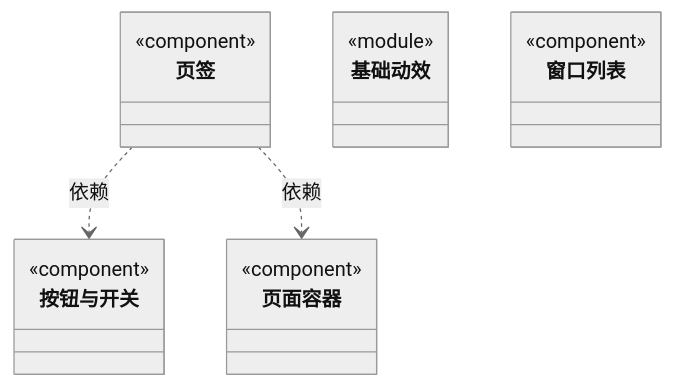
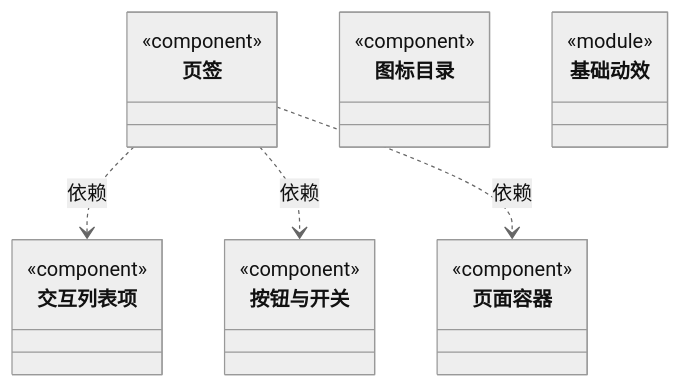
The first of 2 diagrams in src/framework-ui/ARCHITECTURE.md (nan023062/cbim), drawn with Mermaid (neutral theme) before and after one commit. The commit also changed other lines of this file and 113 other files, not shown here.

````diff
--- a/src/framework-ui/ARCHITECTURE.md
+++ b/src/framework-ui/ARCHITECTURE.md
@@ -29,25 +33,30 @@
 ```mermaid
 classDiagram
 class N_d6cfce102f6a["页签"] {
   <<component>>
 }
 click N_d6cfce102f6a href "tabs.tsx"
+class N_287f2641044d["交互列表项"] {
+  <<component>>
+}
+click N_287f2641044d href "controls.tsx"
 class N_839af352b600["按钮与开关"] {
   <<component>>
 }
 click N_839af352b600 href "controls.tsx"
 class N_b7085d8c631d["页面容器"] {
   <<component>>
 }
 click N_b7085d8c631d href "screen.tsx"
+class N_a0fdd898c6e7["图标目录"] {
+  <<component>>
+}
+click N_a0fdd898c6e7 href "Icon.tsx"
 class N_eb4a81dc8613["基础动效"] {
   <<module>>
 }
 click N_eb4a81dc8613 href "ui-tween.css"
-class N_96f821f2c714["窗口列表"] {
-  <<component>>
-}
-click N_96f821f2c714 href "list.tsx"
+N_d6cfce102f6a ..> N_287f2641044d : 依赖
 N_d6cfce102f6a ..> N_839af352b600 : 依赖
 N_d6cfce102f6a ..> N_b7085d8c631d : 依赖
 ```
````
